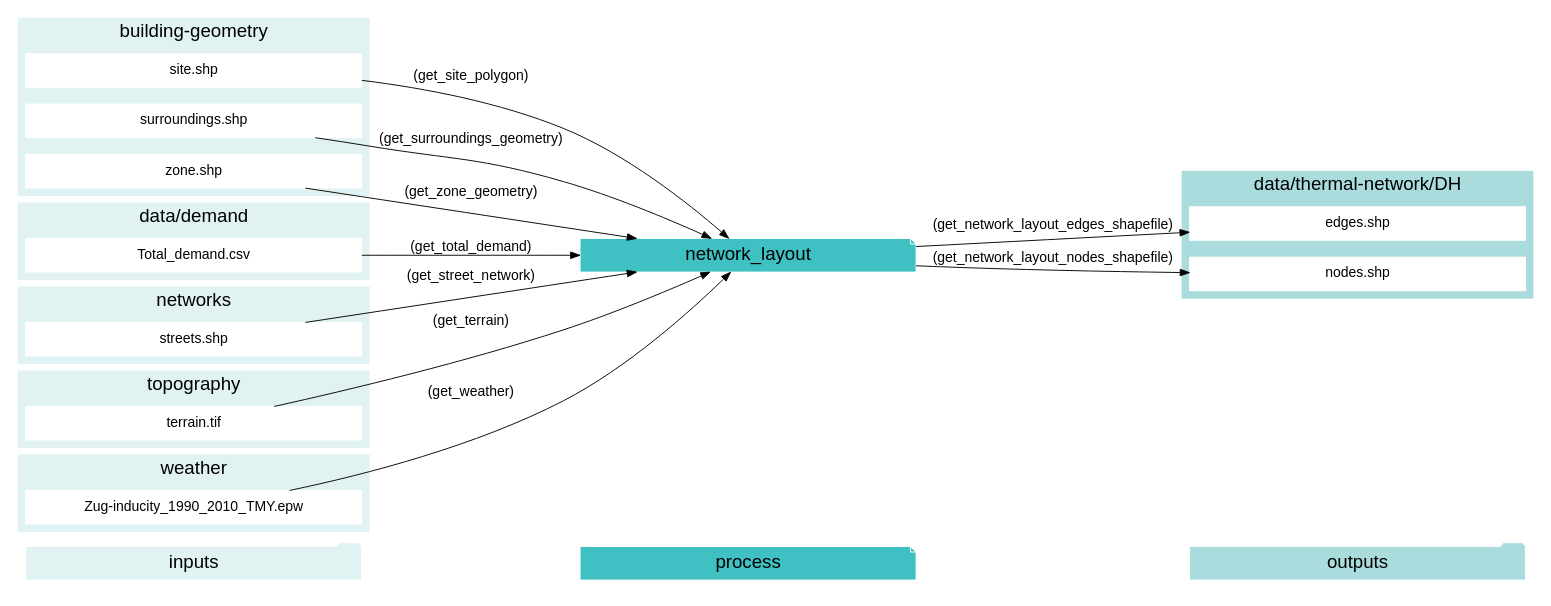
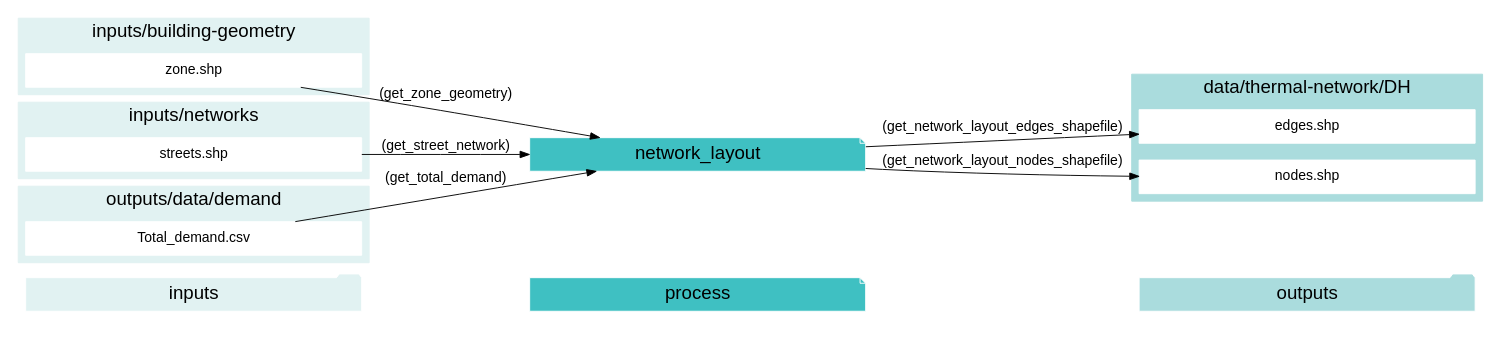
One commit to architecture-building-systems/CityEnergyAnalyst changed the diagram in docs/graphviz/network_layout.gv. Above: the diagram before and after it, drawn with Graphviz. The commit also changed 25 other files, not shown here.

Commit message:
cleaning up cea-doc graphviz

```diff
--- a/docs/graphviz/network_layout.gv
+++ b/docs/graphviz/network_layout.gv
@@ -1,77 +1,55 @@
-digraph trace_inputlocator {
+digraph network_layout {
     rankdir="LR";
     graph [overlap=false, fontname=arial];
     node [shape=box, style=filled, color=white, fontsize=15, fontname=arial, fixedsize=true, width=5];
     edge [fontname=arial, fontsize = 15]
     newrank=true
     subgraph cluster_legend {
     fontsize=25
     style=invis
     "process"[style=filled, fillcolor="#3FC0C2", shape=note, fontsize=20, fontname="arial"]
     "inputs" [style=filled, shape=folder, color=white, fillcolor="#E1F2F2", fontsize=20]
     "outputs"[style=filled, shape=folder, color=white, fillcolor="#aadcdd", fontsize=20]
     "inputs"->"process"[style=invis]
     "process"->"outputs"[style=invis]
     }
     "network_layout"[style=filled, color=white, fillcolor="#3FC0C2", shape=note, fontsize=20, fontname=arial];
-    subgraph cluster_0_in {
-        style = filled;
-        color = "#E1F2F2";
-        fontsize = 20;
-        rank=same;
-        label="building-geometry";
-        "site.shp"
-        "surroundings.shp"
-        "zone.shp"
-    }
-    subgraph cluster_1_in {
-        style = filled;
-        color = "#E1F2F2";
-        fontsize = 20;
-        rank=same;
-        label="data/demand";
-        "Total_demand.csv"
-    }
-    subgraph cluster_2_out {
+    subgraph cluster_0_out {
         style = filled;
         color = "#aadcdd";
         fontsize = 20;
         rank=same;
         label="data/thermal-network/DH";
         "edges.shp"
         "nodes.shp"
     }
+    subgraph cluster_1_in {
+        style = filled;
+        color = "#E1F2F2";
+        fontsize = 20;
+        rank=same;
+        label="inputs/building-geometry";
+        "zone.shp"
+    }
+    subgraph cluster_2_in {
+        style = filled;
+        color = "#E1F2F2";
+        fontsize = 20;
+        rank=same;
+        label="inputs/networks";
+        "streets.shp"
+    }
     subgraph cluster_3_in {
         style = filled;
         color = "#E1F2F2";
         fontsize = 20;
         rank=same;
-        label="networks";
-        "streets.shp"
+        label="outputs/data/demand";
+        "Total_demand.csv"
     }
-    subgraph cluster_4_in {
-        style = filled;
-        color = "#E1F2F2";
-        fontsize = 20;
-        rank=same;
-        label="topography";
-        "terrain.tif"
-    }
-    subgraph cluster_5_in {
-        style = filled;
-        color = "#E1F2F2";
-        fontsize = 20;
-        rank=same;
-        label="weather";
-        "Zug-inducity_1990_2010_TMY.epw"
-    }
-    "site.shp" -> "network_layout"[label="(get_site_polygon)"]
     "streets.shp" -> "network_layout"[label="(get_street_network)"]
-    "surroundings.shp" -> "network_layout"[label="(get_surroundings_geometry)"]
-    "terrain.tif" -> "network_layout"[label="(get_terrain)"]
     "Total_demand.csv" -> "network_layout"[label="(get_total_demand)"]
-    "Zug-inducity_1990_2010_TMY.epw" -> "network_layout"[label="(get_weather)"]
     "zone.shp" -> "network_layout"[label="(get_zone_geometry)"]
     "network_layout" -> "edges.shp"[label="(get_network_layout_edges_shapefile)"]
     "network_layout" -> "nodes.shp"[label="(get_network_layout_nodes_shapefile)"]
     }
```
